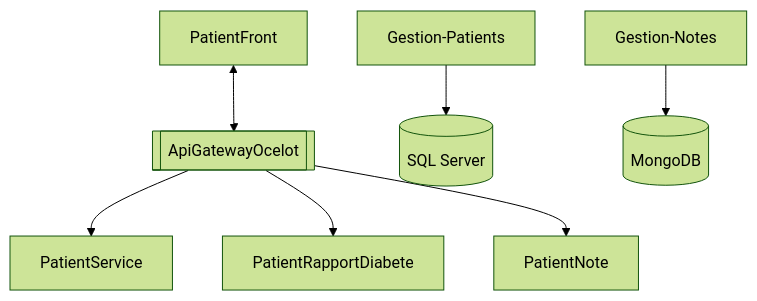
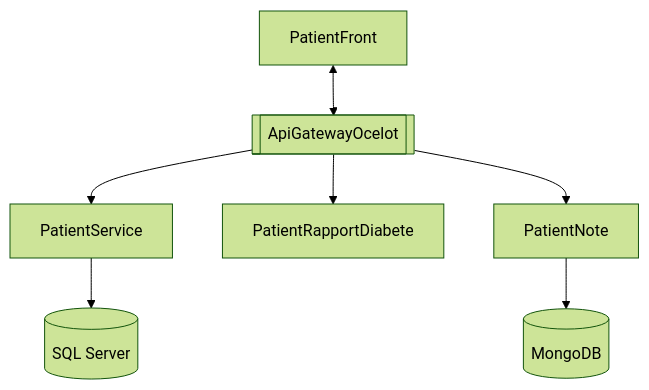
Before and after one commit to xavier02312/P10.MedilaboSolution: the diagram in README.md, drawn with Mermaid (forest theme).

````diff
--- a/README.md
+++ b/README.md
@@ -23,9 +23,9 @@
 ```mermaid
 graph TD;
 ApiGatewayOcelot[[ApiGatewayOcelot]]  -->  PatientService[PatientService]
 	ApiGatewayOcelot  -->  PatientRapportDiabete[PatientRapportDiabete]
 	ApiGatewayOcelot  -->  PatientNote[PatientNote]
-	Gestion-Patients  -->  SQL[(SQL Server)]
-	Gestion-Notes  -->  MongoDB[(MongoDB)]
+	PatientService  -->  SQL[(SQL Server)]
+	PatientNote  -->  MongoDB[(MongoDB)]
 	Client[PatientFront]  <-->  ApiGatewayOcelot
 ```
````
